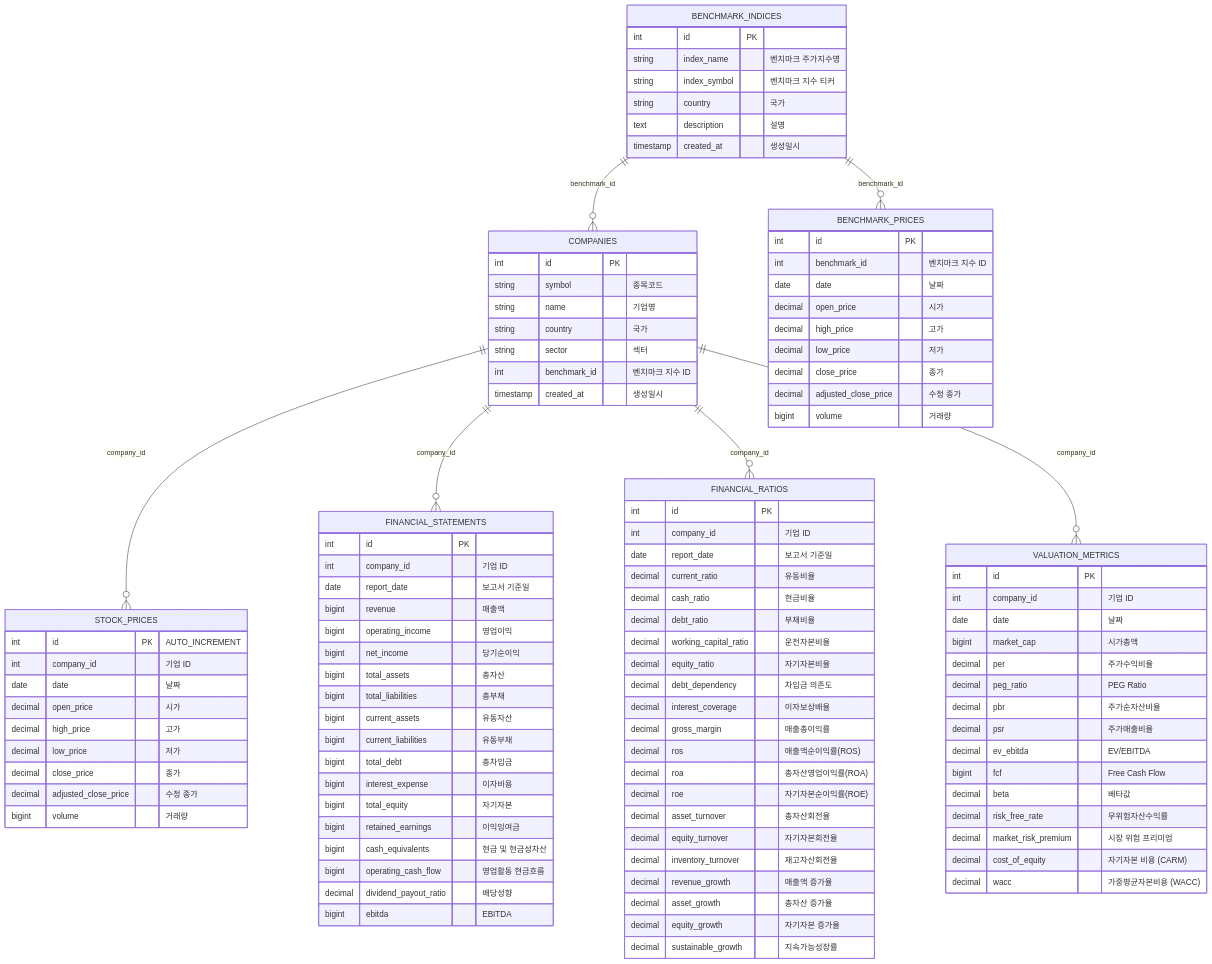
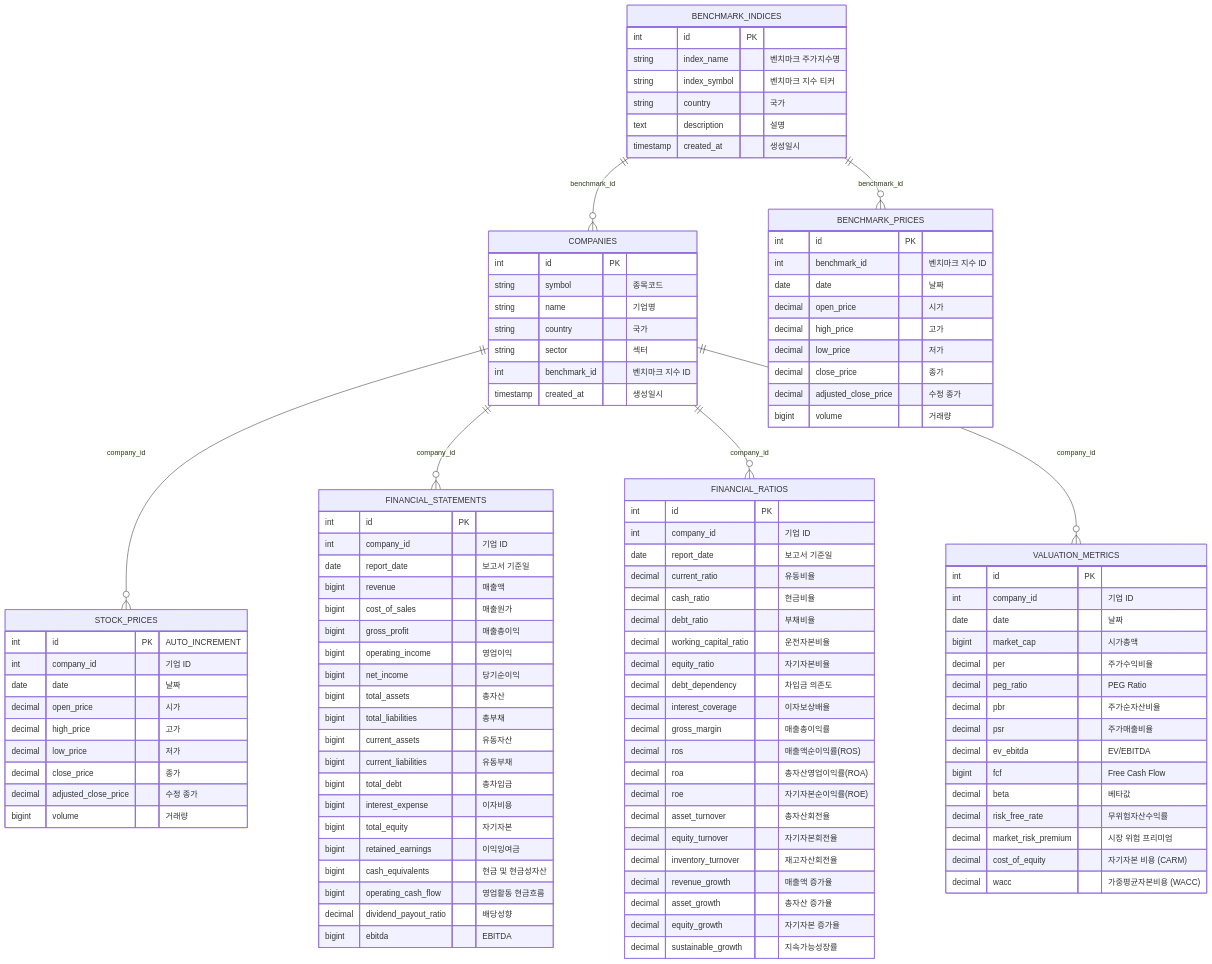
One commit to Donggyu-Kim1/stock_data changed the diagram in README.md. Above: the diagram before and after it, drawn with Mermaid. The commit also changed 3 other files, not shown here.

Commit message:
매출원가, 매출총이익 데이터 추가 - yfinance로 불러오는 데이터 수정 필요

```diff
--- a/README.md
+++ b/README.md
@@ -171,6 +171,8 @@
         int company_id "기업 ID"
         date report_date "보고서 기준일"
         bigint revenue "매출액"
+        bigint cost_of_sales "매출원가"
+        bigint gross_profit "매출총이익"
         bigint operating_income "영업이익"
         bigint net_income "당기순이익"
         bigint total_assets "총자산"
```
